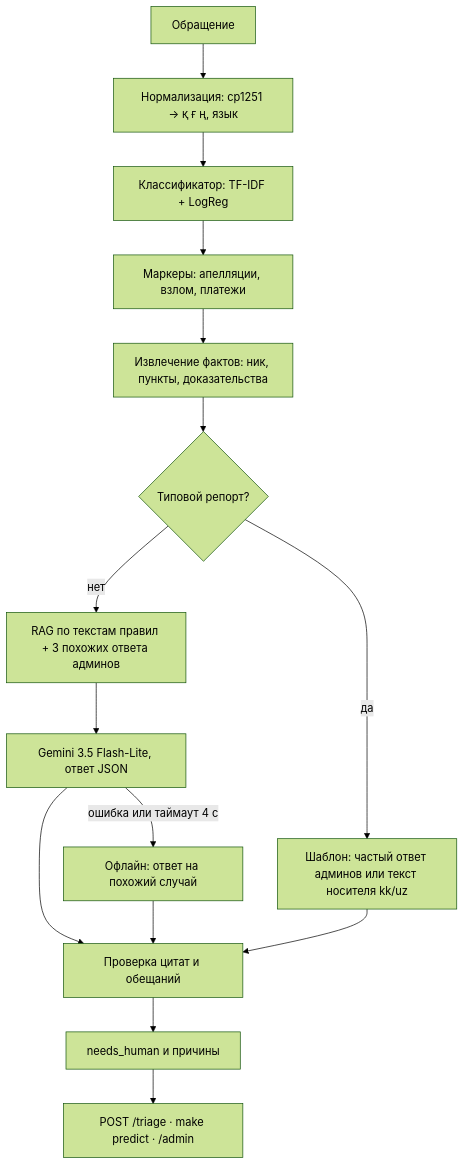
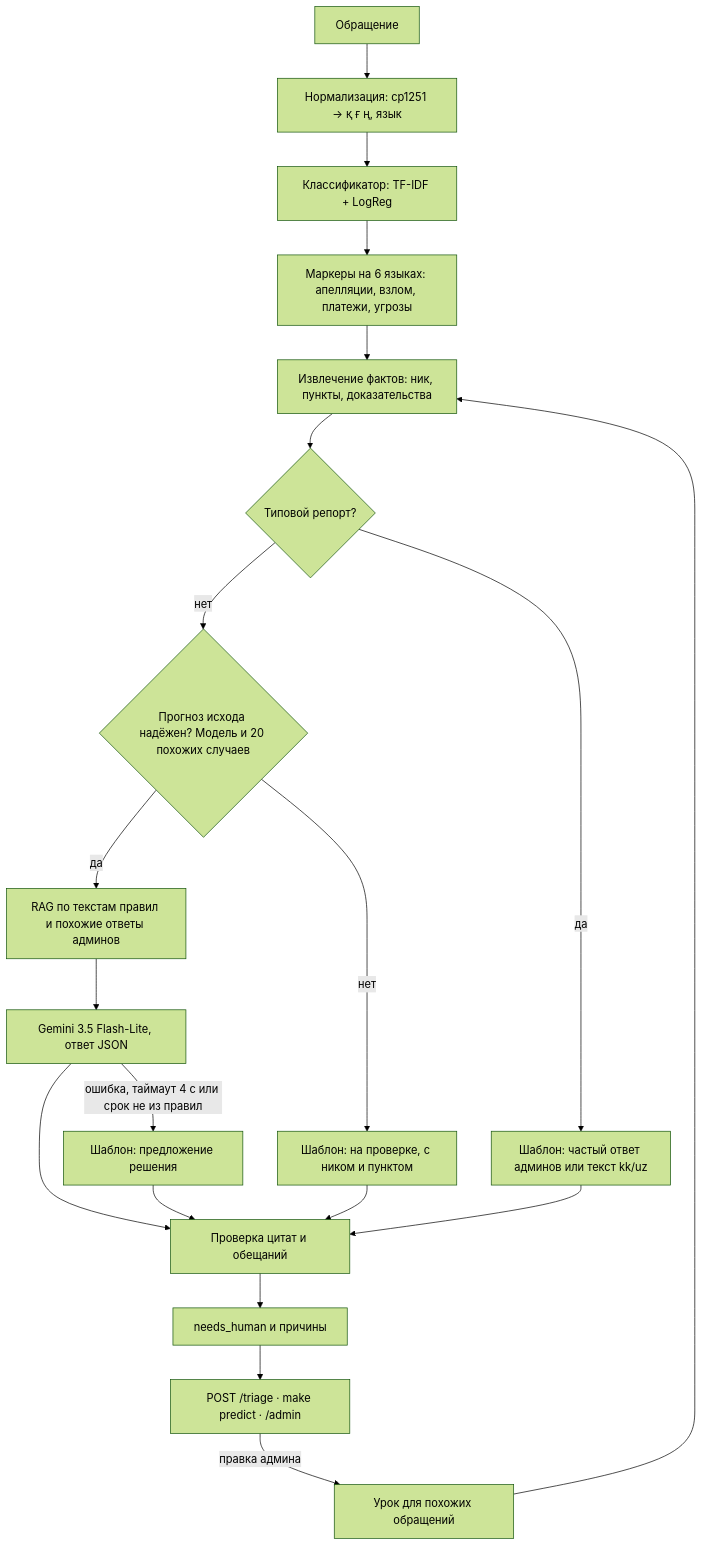
One commit to Suesh10/grand-support-copilot changed the diagram in README.md. Above: the diagram before and after it, drawn with Mermaid (forest theme). The commit also changed other lines of this file and 3 other files, not shown here.

````diff
--- a/README.md
+++ b/README.md
@@ -94,17 +105,22 @@
 ```mermaid
 flowchart TD
     A[Обращение] --> B[Нормализация: cp1251 → қ ғ ң, язык]
     B --> C[Классификатор: TF-IDF + LogReg]
-    C --> D[Маркеры: апелляции, взлом, платежи]
+    C --> D[Маркеры на 6 языках: апелляции, взлом, платежи, угрозы]
     D --> E[Извлечение фактов: ник, пункты, доказательства]
     E --> F{Типовой репорт?}
-    F -- да --> G[Шаблон: частый ответ админов или текст носителя kk/uz]
-    F -- нет --> H[RAG по текстам правил + 3 похожих ответа админов]
+    F -- да --> G[Шаблон: частый ответ админов или текст kk/uz]
+    F -- нет --> V{Прогноз исхода надёжен? Модель и 20 похожих случаев}
+    V -- нет --> J[Шаблон: на проверке, с ником и пунктом]
+    V -- да --> H[RAG по текстам правил и похожие ответы админов]
     H --> I[Gemini 3.5 Flash-Lite, ответ JSON]
-    I -- ошибка или таймаут 4 с --> J[Офлайн: ответ на похожий случай]
+    I -- ошибка, таймаут 4 с или срок не из правил --> R[Шаблон: предложение решения]
     I --> K[Проверка цитат и обещаний]
+    R --> K
     J --> K
     G --> K
     K --> L[needs_human и причины]
     L --> M[POST /triage · make predict · /admin]
+    M -- правка админа --> N[Урок для похожих обращений]
+    N --> E
 ```
````
